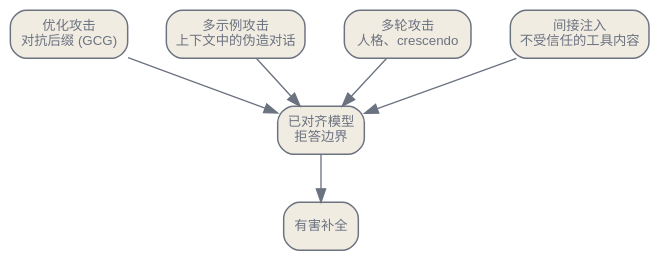
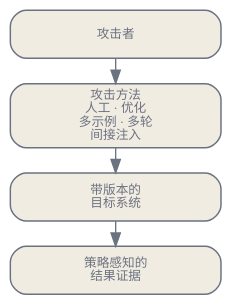
Before and after one commit to latere-ai/ai-as-an-infrastructure: the first of 2 diagrams in zh/safety/05-adversarial-robustness.qmd, drawn with Graphviz. The commit also changed other lines of this file and 4 other files, not shown here.

````diff
--- a/zh/safety/05-adversarial-robustness.qmd
+++ b/zh/safety/05-adversarial-robustness.qmd
@@ -15,24 +45,20 @@
 ```{dot}
-//| label: fig-adv-taxonomy
-//| fig-cap: "四个越狱家族，按各自利用的对象分组。优化攻击直接在 token 空间里搜索；多示例攻击利用长上下文窗口；多轮攻击利用对话状态；间接注入利用一个使用工具的智能体那敞开的输入通道。下方的防御针对的是不同家族，没有一种能覆盖全部四个。"
+//| label: fig-adv-attack-surfaces
+//| fig-cap: "具有代表性的对抗攻击面。各种机制可以组合使用。提示注入与越狱的目标不同：它试图让不受信任的数据控制应用。"
 digraph {
   bgcolor="transparent";
   rankdir=TB;
-  nodesep=0.4; ranksep=0.5;
-  node [shape=box, style="rounded,filled", fontname="Helvetica", fontsize=10, color="#6b7280", fontcolor="#6b7280", fillcolor="#f1ece1", penwidth=1.1];
-  edge [fontsize=10, fontname="Helvetica", color="#6b7280", fontcolor="#6b7280"];
+  nodesep=0.18; ranksep=0.26;
+  node [shape=box, style="rounded,filled", fontname="PingFang SC", fontsize=9.5, width=2.2, color="#6b7280", fontcolor="#6b7280", fillcolor="#f1ece1", penwidth=1.1];
+  edge [fontsize=8.5, fontname="PingFang SC", color="#6b7280", fontcolor="#6b7280"];
 
-  M [label="已对齐模型\n拒答边界"];
-  O [label="优化攻击\n对抗后缀 (GCG)"];
-  MS [label="多示例攻击\n上下文中的伪造对话"];
-  MT [label="多轮攻击\n人格、crescendo"];
-  I [label="间接注入\n不受信任的工具内容"];
-  H [label="有害补全"];
+  attacker [label="攻击者"];
+  methods [label="攻击方法\n人工 · 优化\n多示例 · 多轮\n间接注入"];
+  target [label="带版本的\n目标系统"];
+  evidence [label="策略感知的\n结果证据"];
 
-  O -> M;
-  MS -> M;
-  MT -> M;
-  I -> M;
-  M -> H;
+  attacker -> methods;
+  methods -> target;
+  target -> evidence;
 }
 ```
````
